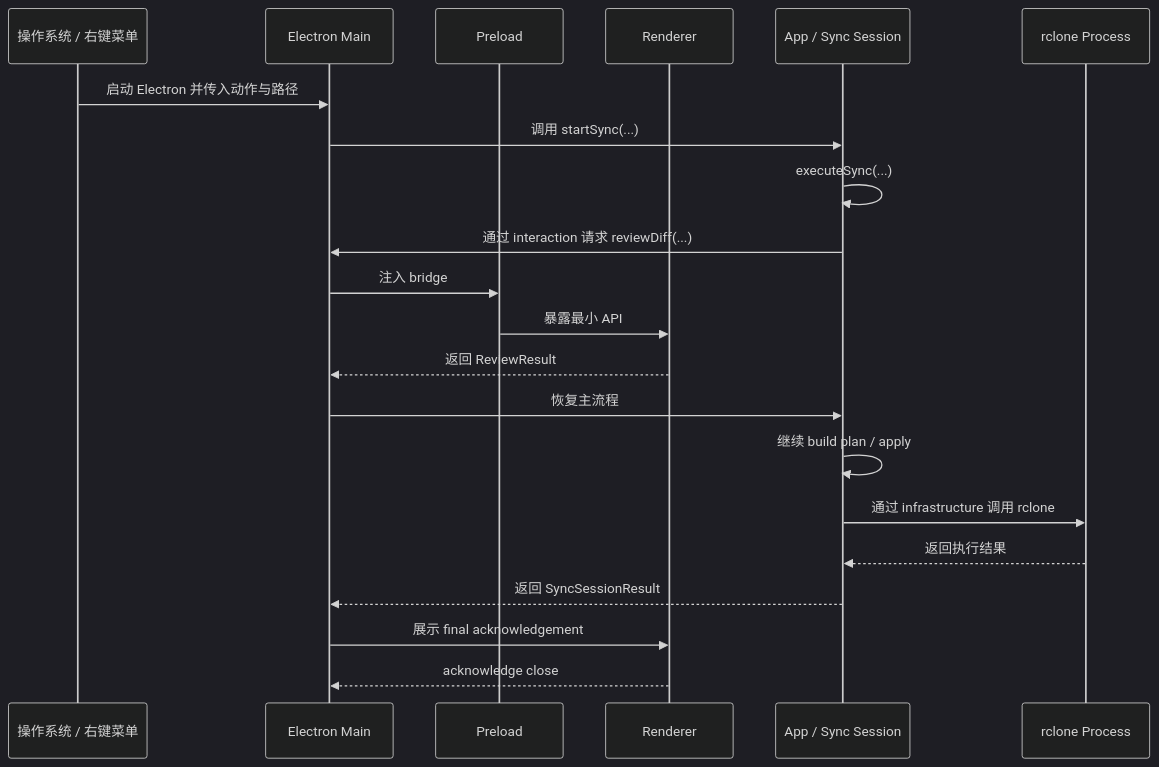
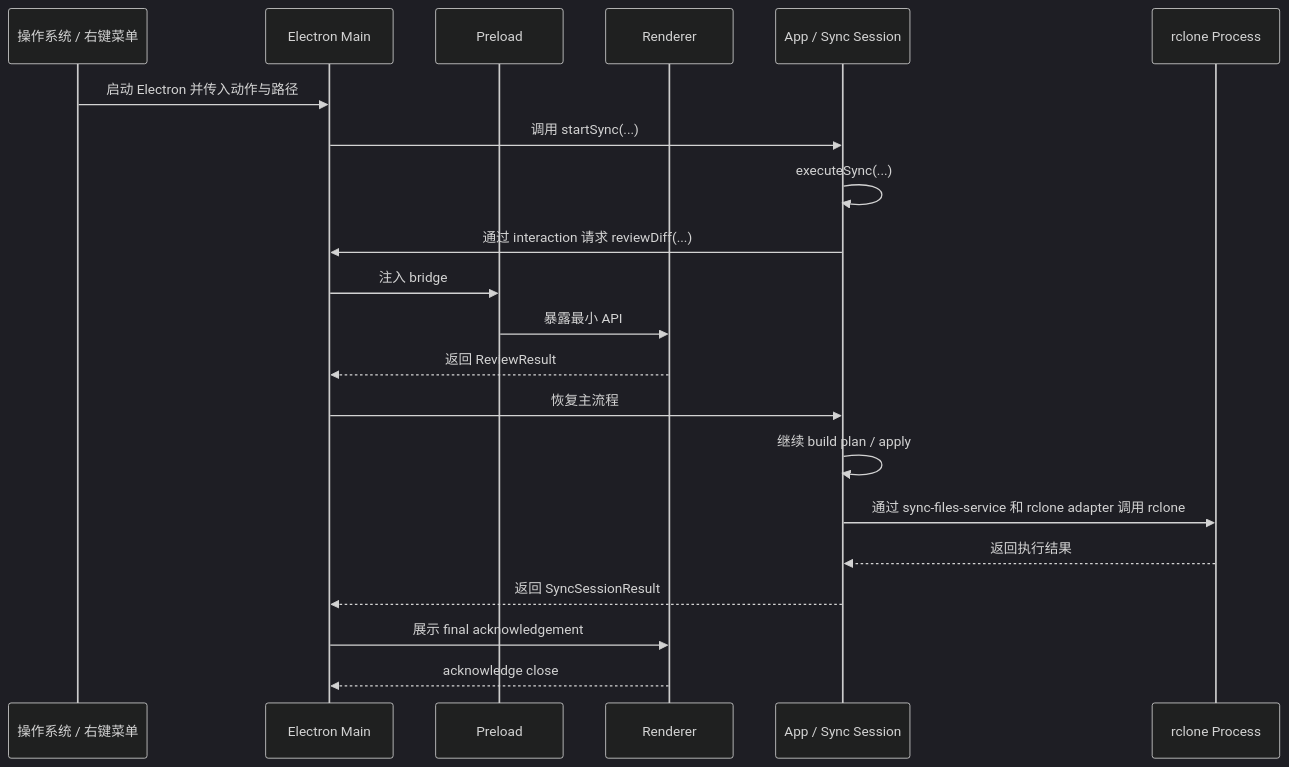
The second of 4 diagrams in docs/Architecture.md (agalloch21/sync-with-rclone), drawn with Mermaid (dark theme) before and after one commit. The commit also changed other lines of this file and 27 other files, not shown here.

````diff
--- a/docs/Architecture.md
+++ b/docs/Architecture.md
@@ -101,24 +104,24 @@
 ```mermaid
 sequenceDiagram
   participant OS as 操作系统 / 右键菜单
   participant EM as Electron Main
   participant PL as Preload
   participant RD as Renderer
   participant APP as App / Sync Session
   participant RC as rclone Process
 
   OS->>EM: 启动 Electron 并传入动作与路径
   EM->>APP: 调用 startSync(...)
   APP->>APP: executeSync(...)
   APP->>EM: 通过 interaction 请求 reviewDiff(...)
   EM->>PL: 注入 bridge
   PL->>RD: 暴露最小 API
   RD-->>EM: 返回 ReviewResult
   EM->>APP: 恢复主流程
   APP->>APP: 继续 build plan / apply
-  APP->>RC: 通过 infrastructure 调用 rclone
+  APP->>RC: 通过 sync-files-service 和 rclone adapter 调用 rclone
   RC-->>APP: 返回执行结果
   APP-->>EM: 返回 SyncSessionResult
   EM->>RD: 展示 final acknowledgement
   RD-->>EM: acknowledge close
 ```
````
